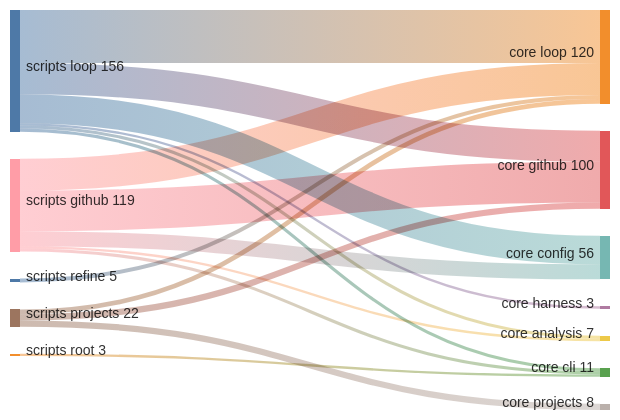
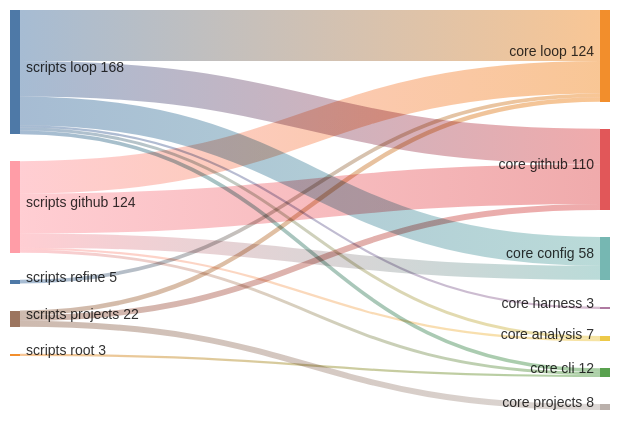
Before and after one commit to mfittko/dev-loops: the fifth of 14 diagrams in docs/atlas/01-system-context.md, drawn with Mermaid. The commit also changed other lines of this file, not shown here.

````diff
--- a/docs/atlas/01-system-context.md
+++ b/docs/atlas/01-system-context.md
@@ -148,19 +148,19 @@
 ```mermaid
 sankey-beta
-scripts loop,core loop,68
-scripts loop,core github,40
-scripts loop,core config,37
-scripts loop,core cli,4
+scripts loop,core loop,69
+scripts loop,core github,48
+scripts loop,core config,39
+scripts loop,core cli,5
 scripts loop,core analysis,4
 scripts loop,core harness,3
-scripts github,core github,52
-scripts github,core loop,41
+scripts github,core github,54
+scripts github,core loop,44
 scripts github,core config,19
 scripts github,core cli,4
 scripts github,core analysis,3
 scripts projects,core projects,8
 scripts projects,core github,8
 scripts projects,core loop,6
 scripts refine,core loop,5
 scripts root,core cli,3
 ```
````
